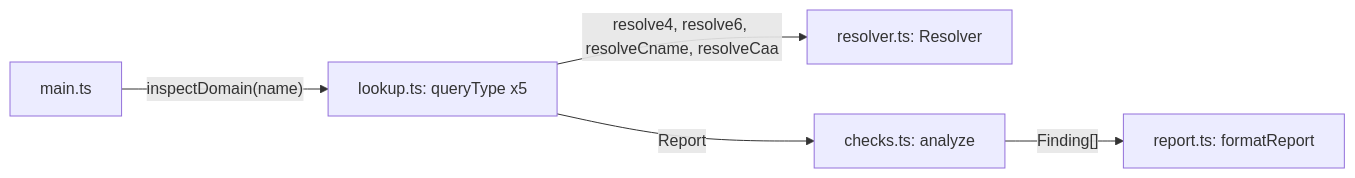
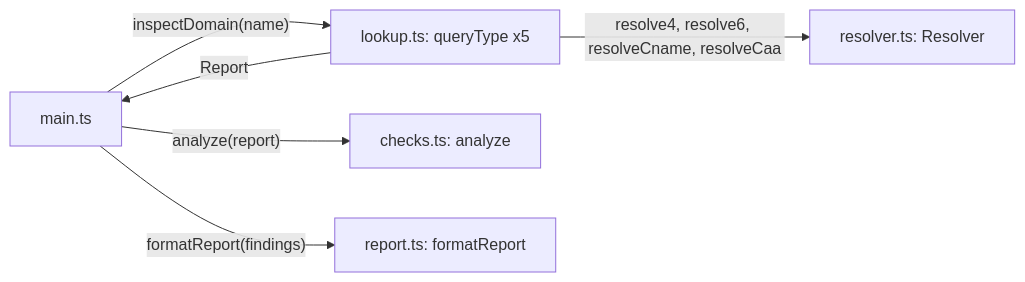
The diagram in vault/frontend-engineering/how-the-web-works/internet-and-networking/visuals/assets/mini-01-flow-internet-and-networking.mmd (lakshay-testsigma/notes_management), drawn with Mermaid before and after one commit. The commit also changed 25 other files, not shown here.

```diff
--- a/vault/frontend-engineering/how-the-web-works/internet-and-networking/visuals/assets/mini-01-flow-internet-and-networking.mmd
+++ b/vault/frontend-engineering/how-the-web-works/internet-and-networking/visuals/assets/mini-01-flow-internet-and-networking.mmd
@@ -1,5 +1,6 @@
 flowchart LR
   main["main.ts"] -->|"inspectDomain(name)"| lookup["lookup.ts: queryType x5"]
   lookup -->|"resolve4, resolve6, resolveCname, resolveCaa"| resolver["resolver.ts: Resolver"]
-  lookup -->|"Report"| checks["checks.ts: analyze"]
-  checks -->|"Finding[]"| report["report.ts: formatReport"]
+  lookup -->|"Report"| main
+  main -->|"analyze(report)"| checks["checks.ts: analyze"]
+  main -->|"formatReport(findings)"| report["report.ts: formatReport"]
```
